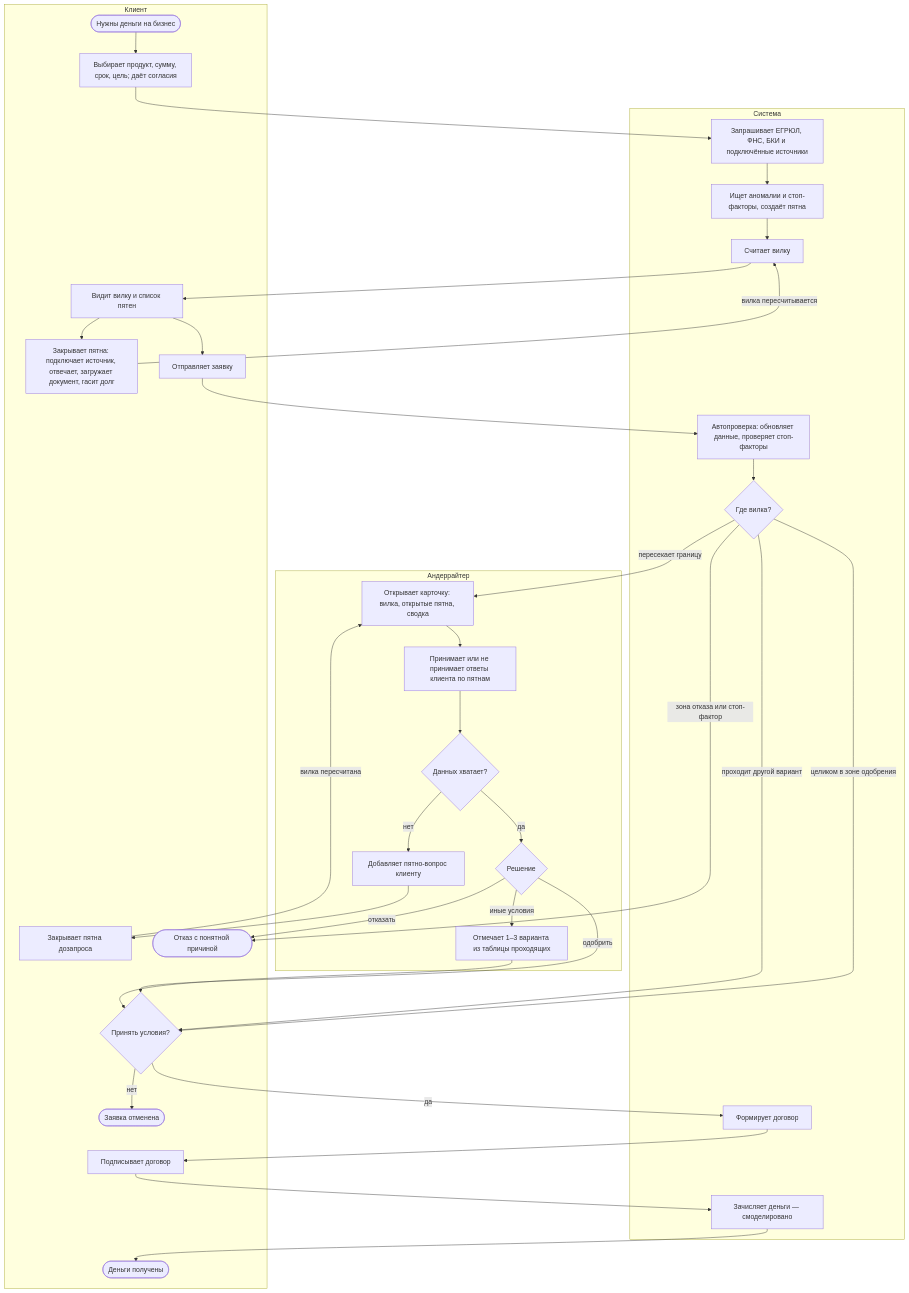
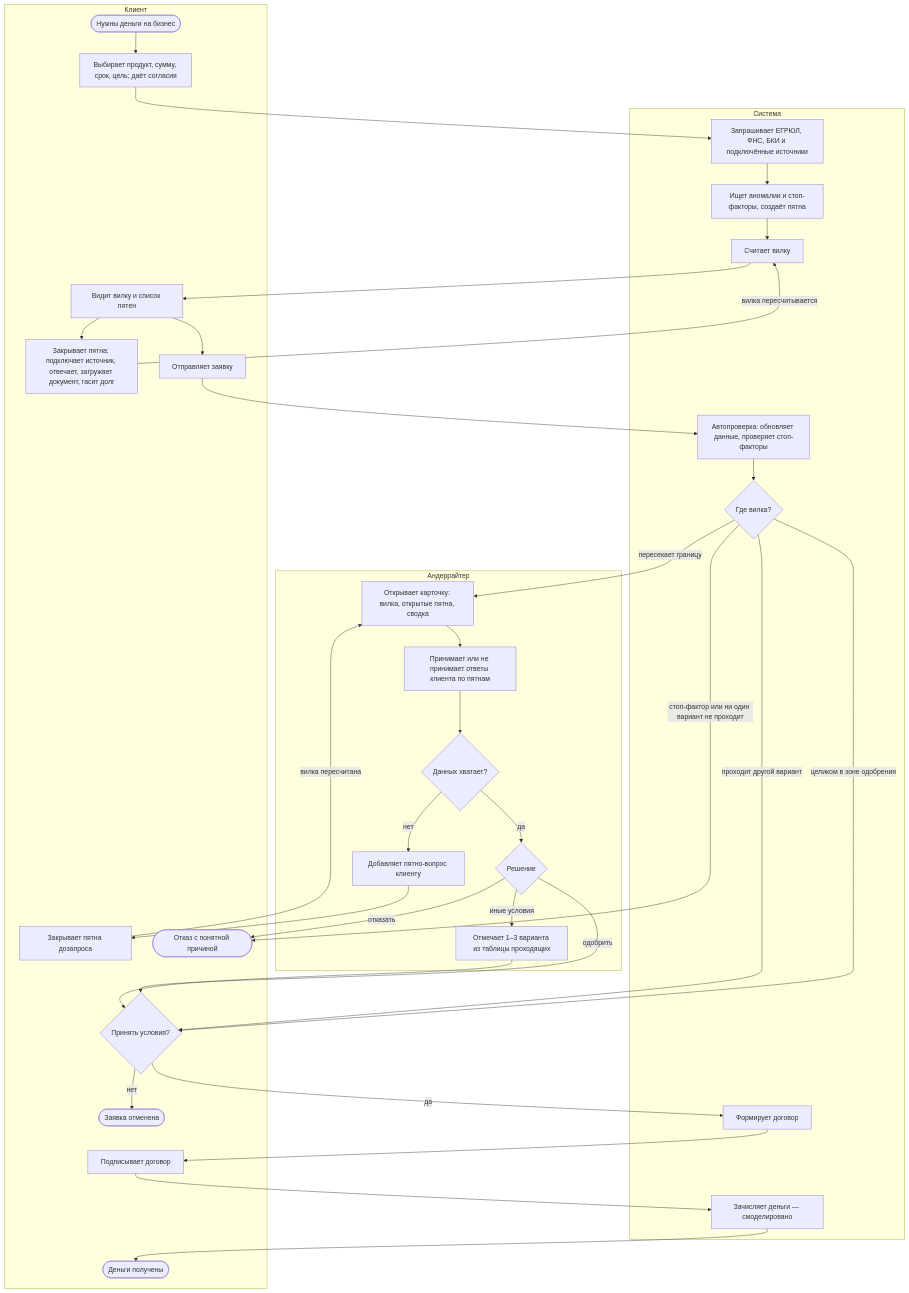
Before and after one commit to arthurpels/alphabank_hackaton: the diagram in docs/day1_backend_process-model.md, drawn with Mermaid. The commit also changed 9 other files, not shown here.

````diff
--- a/docs/day1_backend_process-model.md
+++ b/docs/day1_backend_process-model.md
@@ -7,53 +7,53 @@
 ```mermaid
 flowchart TB
     subgraph CL["Клиент"]
         C1(["Нужны деньги на бизнес"])
         C2["Выбирает продукт, сумму, срок, цель; даёт согласия"]
         C3["Видит вилку и список пятен"]
         C4["Закрывает пятна: подключает источник, отвечает, загружает документ, гасит долг"]
         C5["Отправляет заявку"]
         C6["Закрывает пятна дозапроса"]
         C7{"Принять условия?"}
         C8["Подписывает договор"]
         C9(["Деньги получены"])
         C10(["Отказ с понятной причиной"])
         C11(["Заявка отменена"])
     end
 
     subgraph SYS["Система"]
         S1["Запрашивает ЕГРЮЛ, ФНС, БКИ и подключённые источники"]
         S2["Ищет аномалии и стоп-факторы, создаёт пятна"]
         S3["Считает вилку"]
         S4["Автопроверка: обновляет данные, проверяет стоп-факторы"]
         S5{"Где вилка?"}
         S6["Формирует договор"]
         S7["Зачисляет деньги — смоделировано"]
     end
 
     subgraph UW["Андеррайтер"]
         U1["Открывает карточку: вилка, открытые пятна, сводка"]
         U0["Принимает или не принимает ответы клиента по пятнам"]
         U2{"Данных хватает?"}
         U3["Добавляет пятно-вопрос клиенту"]
         U4{"Решение"}
         U5["Отмечает 1–3 варианта из таблицы проходящих"]
     end
 
     C1 --> C2 --> S1 --> S2 --> S3 --> C3
     C3 --> C4
     C4 -->|"вилка пересчитывается"| S3
     C3 --> C5 --> S4 --> S5
     S5 -->|"целиком в зоне одобрения"| C7
     S5 -->|"проходит другой вариант"| C7
-    S5 -->|"зона отказа или стоп-фактор"| C10
+    S5 -->|"стоп-фактор или ни один вариант не проходит"| C10
     S5 -->|"пересекает границу"| U1
     U1 --> U0 --> U2
     U2 -->|"нет"| U3 --> C6
     C6 -->|"вилка пересчитана"| U1
     U2 -->|"да"| U4
     U4 -->|"одобрить"| C7
     U4 -->|"иные условия"| U5 --> C7
     U4 -->|"отказать"| C10
     C7 -->|"да"| S6 --> C8 --> S7 --> C9
     C7 -->|"нет"| C11
 ```
````
